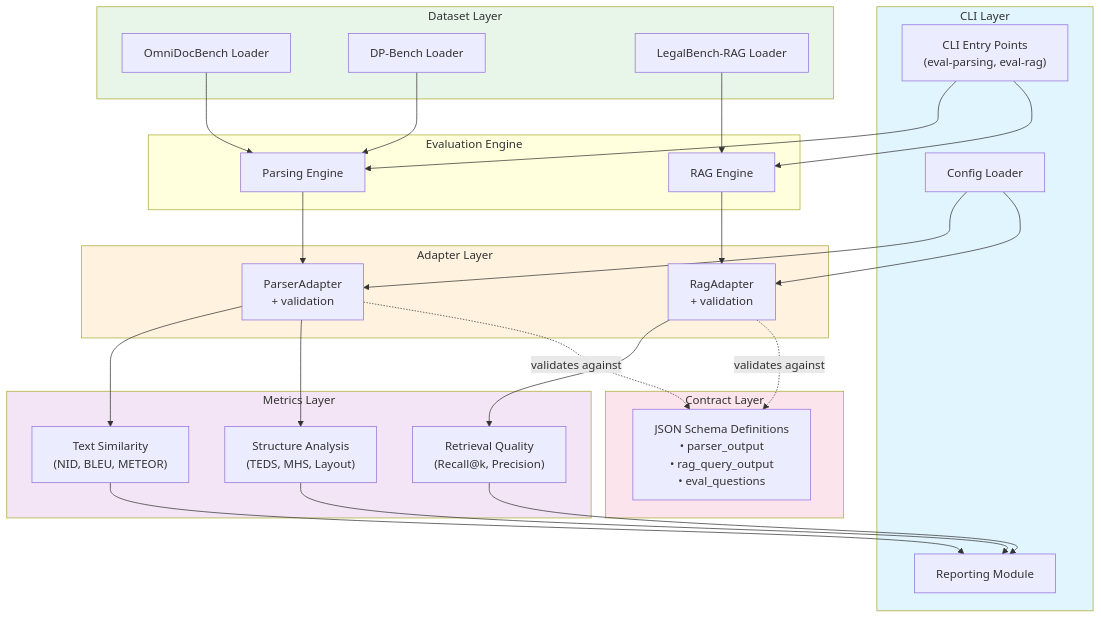
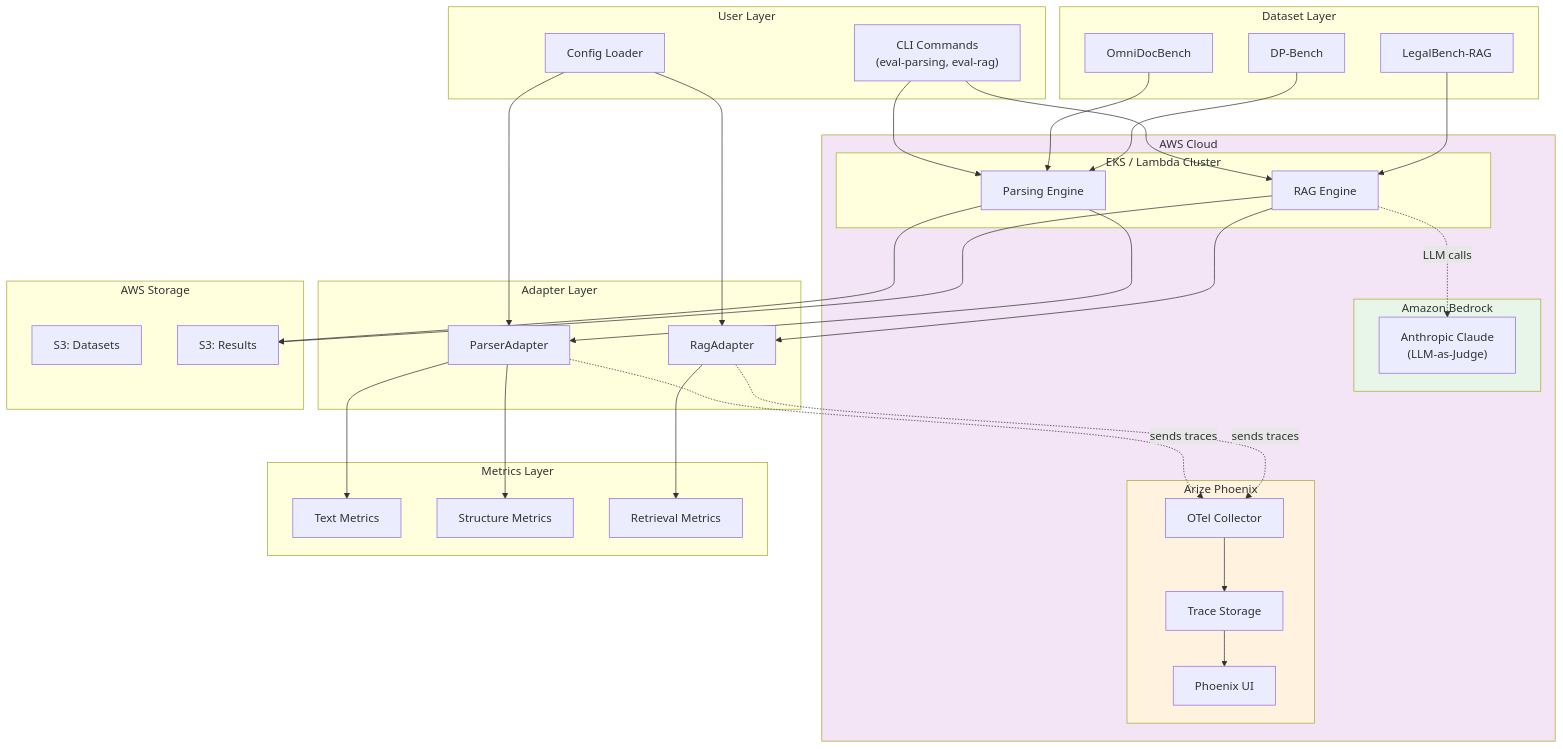
Before and after one commit to anguyenbus/eval-harness: the first of 2 diagrams in docs/design/001-architecture-overview.md, drawn with Mermaid. The commit also changed other lines of this file and 4 other files, not shown here.

````diff
--- a/docs/design/001-architecture-overview.md
+++ b/docs/design/001-architecture-overview.md
@@ -18,59 +19,76 @@
 ```mermaid
 graph TB
-    subgraph CLI["CLI Layer"]
-        CLI_Entry["CLI Entry Points<br/>(eval-parsing, eval-rag)"]
+    subgraph User["User Layer"]
+        CLI["CLI Commands<br/>(eval-parsing, eval-rag)"]
         Config["Config Loader"]
-        Reporting["Reporting Module"]
     end
 
-    subgraph Engine["Evaluation Engine"]
-        ParsingEngine["Parsing Engine"]
-        RAGEngine["RAG Engine"]
+    subgraph AWS["AWS Cloud"]
+        subgraph Compute["EKS / Lambda Cluster"]
+            ParsingEngine["Parsing Engine"]
+            RAGEngine["RAG Engine"]
+        end
+
+        subgraph Bedrock["Amazon Bedrock"]
+            Claude["Anthropic Claude<br/>(LLM-as-Judge)"]
+        end
+
+        subgraph Telemetry["Arize Phoenix"]
+            Collector["OTel Collector"]
+            TraceStore["Trace Storage"]
+            Dashboard["Phoenix UI"]
+        end
     end
 
     subgraph Adapter["Adapter Layer"]
-        ParserAdapter["ParserAdapter<br/>+ validation"]
-        RagAdapter["RagAdapter<br/>+ validation"]
+        ParserAdapter["ParserAdapter"]
+        RagAdapter["RagAdapter"]
     end
 
     subgraph Metrics["Metrics Layer"]
-        TextMetrics["Text Similarity<br/>(NID, BLEU, METEOR)"]
-        StructureMetrics["Structure Analysis<br/>(TEDS, MHS, Layout)"]
-        RetrievalMetrics["Retrieval Quality<br/>(Recall@k, Precision)"]
+        TextMetrics["Text Metrics"]
+        StructureMetrics["Structure Metrics"]
+        RetrievalMetrics["Retrieval Metrics"]
     end
 
     subgraph Dataset["Dataset Layer"]
-        OmniLoader["OmniDocBench Loader"]
-        DPLoader["DP-Bench Loader"]
-        LegalLoader["LegalBench-RAG Loader"]
+        OmniLoader["OmniDocBench"]
+        DPLoader["DP-Bench"]
+        LegalLoader["LegalBench-RAG"]
     end
 
-    subgraph Contract["Contract Layer"]
-        Schemas["JSON Schema Definitions<br/>• parser_output<br/>• rag_query_output<br/>• eval_questions"]
+    subgraph Storage["AWS Storage"]
+        S3Datasets["S3: Datasets"]
+        S3Results["S3: Results"]
     end
 
-    CLI_Entry --> ParsingEngine
-    CLI_Entry --> RAGEngine
+    CLI --> ParsingEngine
+    CLI --> RAGEngine
     Config --> ParserAdapter
     Config --> RagAdapter
+
     ParsingEngine --> ParserAdapter
     RAGEngine --> RagAdapter
+
     ParserAdapter --> TextMetrics
     ParserAdapter --> StructureMetrics
     RagAdapter --> RetrievalMetrics
+
     OmniLoader --> ParsingEngine
     DPLoader --> ParsingEngine
     LegalLoader --> RAGEngine
-    TextMetrics --> Reporting
-    StructureMetrics --> Reporting
-    RetrievalMetrics --> Reporting
 
-    ParserAdapter -.->|"validates against"| Schemas
-    RagAdapter -.->|"validates against"| Schemas
+    ParserAdapter -.->|"sends traces"| Collector
+    RagAdapter -.->|"sends traces"| Collector
+    RAGEngine -.->|"LLM calls"| Claude
 
-    style CLI fill:#e1f5fe
-    style Adapter fill:#fff3e0
-    style Metrics fill:#f3e5f5
-    style Dataset fill:#e8f5e9
-    style Contract fill:#fce4ec
+    Collector --> TraceStore
+    TraceStore --> Dashboard
+
+    ParsingEngine --> S3Results
+    RAGEngine --> S3Results
+
+    style AWS fill:#f3e5f5
+    style Telemetry fill:#fff3e0
+    style Bedrock fill:#e8f5e9
 ```
````
